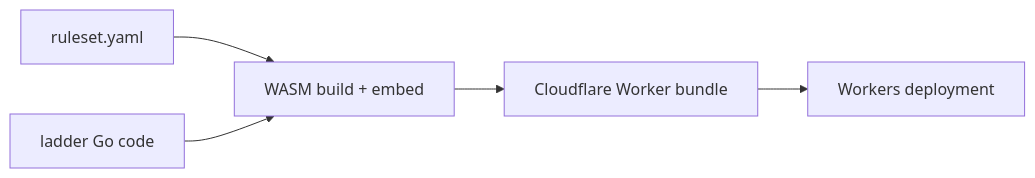
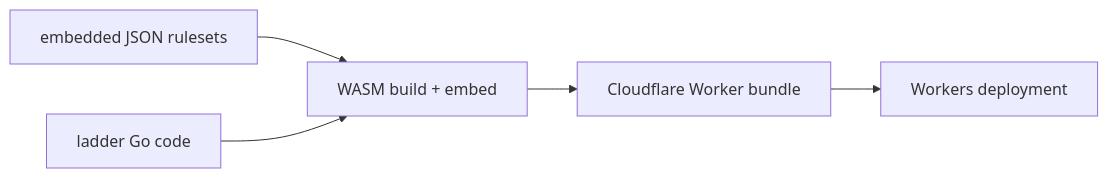
One commit to andesco/ladder-cloudflare changed the second of 2 diagrams in README.md. Above: the diagram before and after it, drawn with Mermaid. The commit also changed other lines of this file and 11 other files, not shown here.

````diff
--- a/README.md
+++ b/README.md
@@ -133,7 +136,7 @@
 ```mermaid
 flowchart LR
-    Ruleset[ruleset.yaml] --> Build[WASM build + embed]
+    Rulesets[embedded JSON rulesets] --> Build[WASM build + embed]
     Ladder[ladder Go code] --> Build
     Build --> Worker[Cloudflare Worker bundle]
     Worker --> Deploy[Workers deployment]
 ```
````
